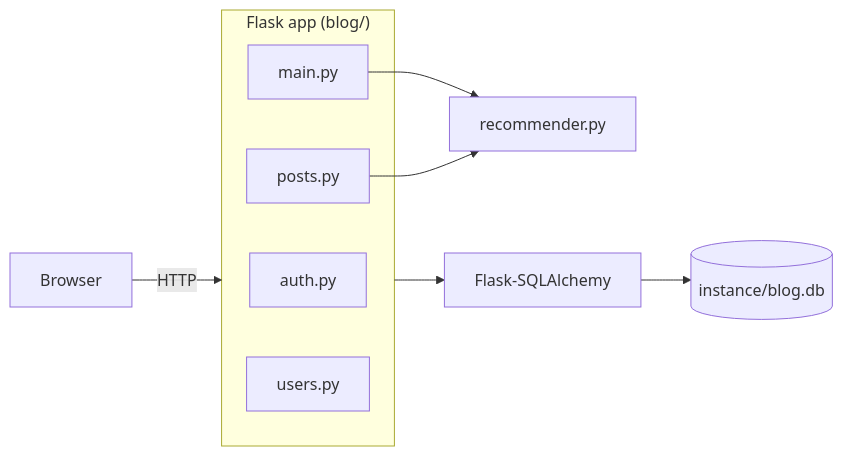
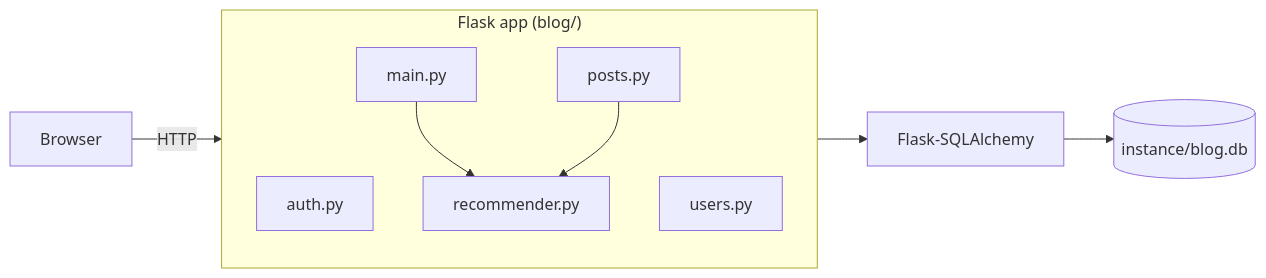
The first of 2 diagrams in docs/ARCHITECTURE.md (dmbai009/ReAction), drawn with Mermaid before and after one commit. The commit also changed other lines of this file and 34 other files, not shown here.

````diff
--- a/docs/ARCHITECTURE.md
+++ b/docs/ARCHITECTURE.md
@@ -7,14 +7,15 @@
 ```mermaid
 flowchart LR
     Browser -->|HTTP| Flask
     subgraph Flask["Flask app (blog/)"]
         auth[auth.py]
         main[main.py]
         posts[posts.py]
         users[users.py]
+        rec[recommender.py]
     end
-    main --> rec[recommender.py]
+    main --> rec
     posts --> rec
     Flask --> ORM[Flask-SQLAlchemy]
     ORM --> DB[(instance/blog.db)]
 ```
````
